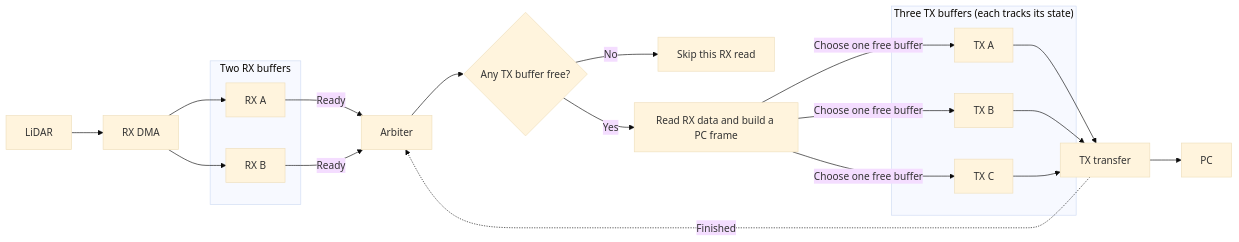
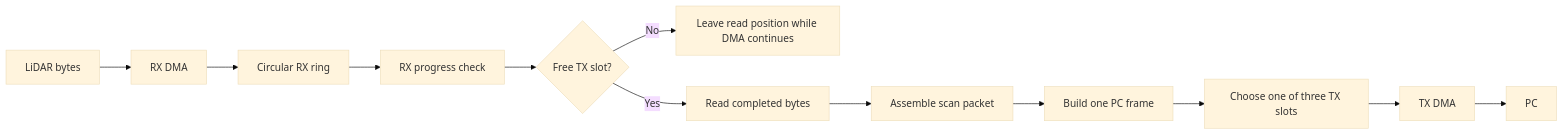
Before and after one commit to kei185/sensor-echo: the second of 5 diagrams in docs/protocol.md, drawn with Mermaid (base theme). The commit also changed other lines of this file and 1 other file, not shown here.

Commit message:
[codex] Document circular RX recovery and TX arbitration

````diff
--- a/docs/protocol.md
+++ b/docs/protocol.md
@@ -37,28 +33,14 @@
 ```mermaid
 flowchart LR
-    lidar[LiDAR] --> rx_dma[RX DMA]
-    subgraph rx_buffers[Two RX buffers]
-        rx_a[RX A]
-        rx_b[RX B]
-    end
-    rx_dma --> rx_a
-    rx_dma --> rx_b
-    rx_a -->|Ready| arbiter[Arbiter]
-    rx_b -->|Ready| arbiter
-    arbiter --> free{Any TX buffer free?}
-    free -->|No| skip[Skip this RX read]
-    free -->|Yes| build[Read RX data and build a PC frame]
-    subgraph tx_buffers["Three TX buffers (each tracks its state)"]
-        tx_a[TX A]
-        tx_b[TX B]
-        tx_c[TX C]
-    end
-    build -->|Choose one free buffer| tx_a
-    build -->|Choose one free buffer| tx_b
-    build -->|Choose one free buffer| tx_c
-    tx_a --> tx_transfer[TX transfer]
-    tx_b --> tx_transfer
-    tx_c --> tx_transfer
-    tx_transfer --> pc[PC]
-    tx_transfer -. Finished .-> arbiter
+    lidar[LiDAR bytes] --> rx_dma[RX DMA]
+    rx_dma --> rx_ring[Circular RX ring]
+    rx_ring --> progress[RX progress check]
+    progress --> arbiter{Free TX slot?}
+    arbiter -->|No| skip[Leave read position while DMA continues]
+    arbiter -->|Yes| reader[Read completed bytes]
+    reader --> packet[Assemble scan packet]
+    packet --> frame[Build one PC frame]
+    frame --> tx_slots[Choose one of three TX slots]
+    tx_slots --> tx_dma[TX DMA]
+    tx_dma --> pc[PC]
 ```
````
